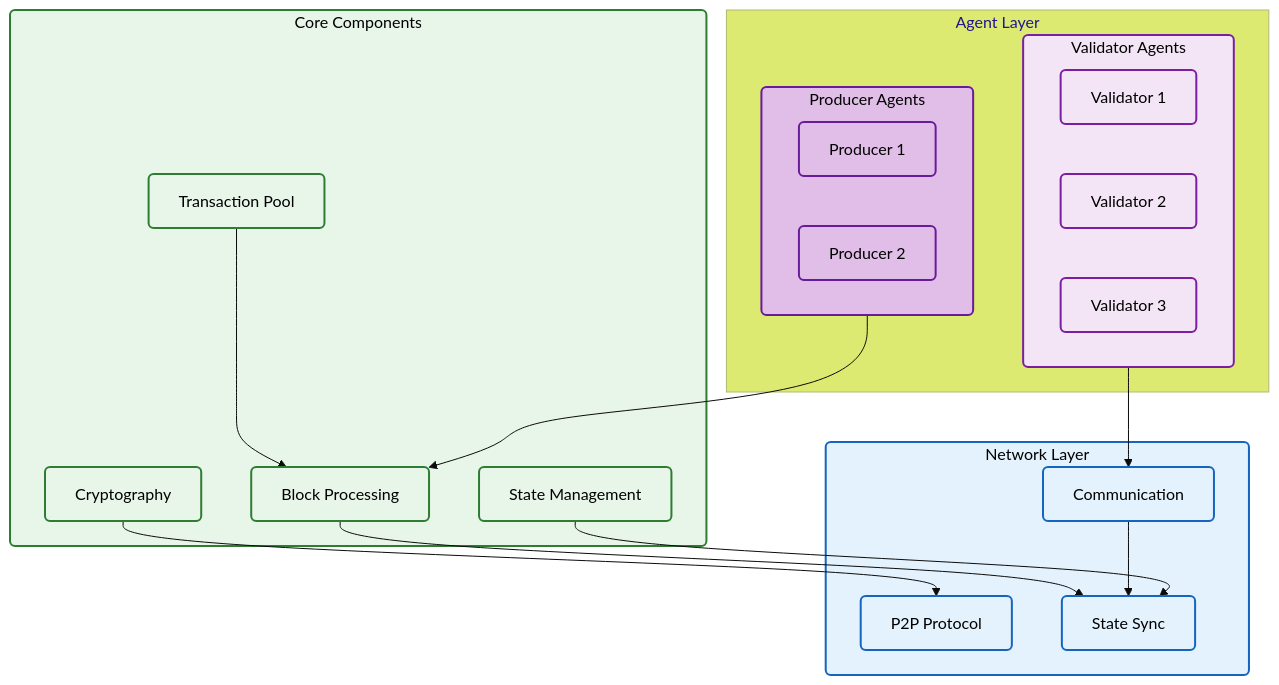
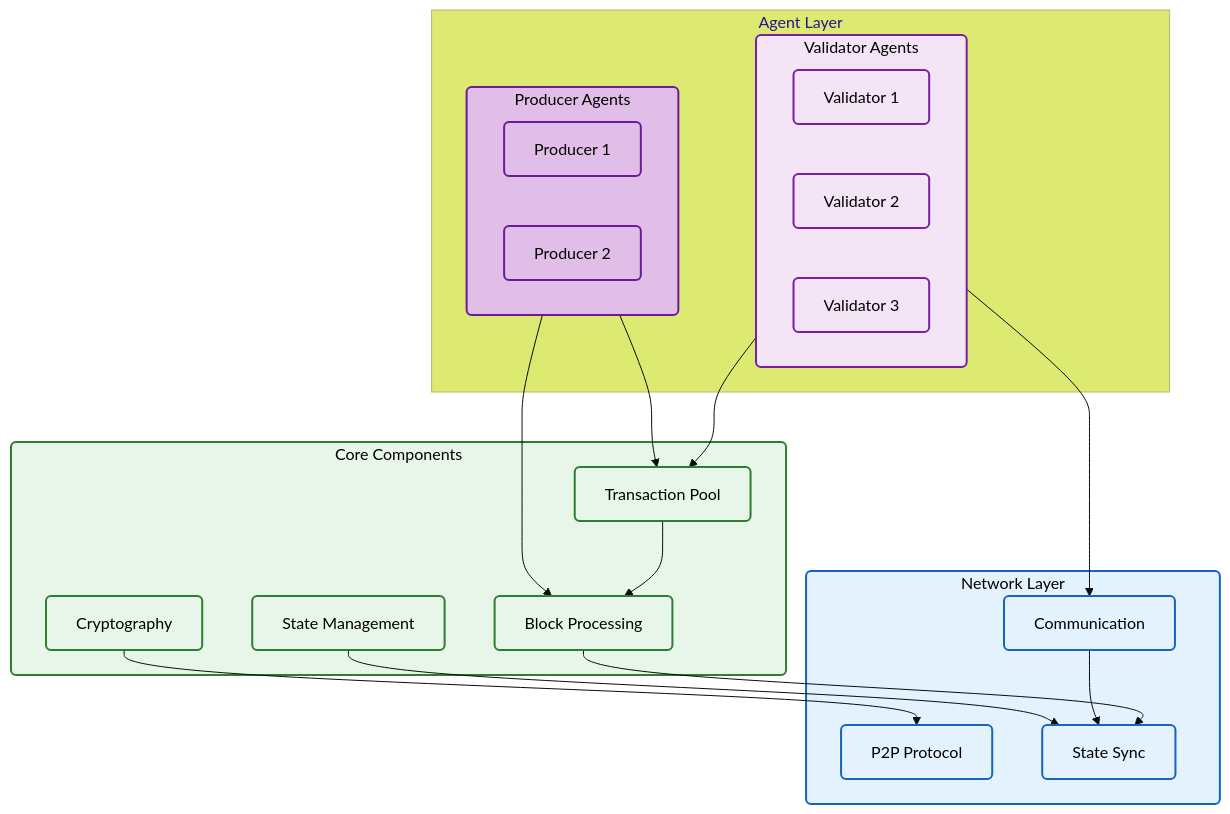
One commit to SumeetChougule/chaoschain changed the first of 6 diagrams in docs/introduction/architecture.md. Above: the diagram before and after it, drawn with Mermaid.

Commit message:
Update System Overview: Add Transaction Pool interactions for Validators and Producers

````diff
--- a/docs/introduction/architecture.md
+++ b/docs/introduction/architecture.md
@@ -9,48 +9,50 @@
 ```mermaid
 %%{init: {'theme': 'base', 'themeVariables': { 'fontSize': '16px', 'fontFamily': 'arial', 'primaryColor': '#6c5ce7', 'primaryTextColor': '#000' }}}%%
 flowchart TB
     subgraph Network["Network Layer"]
         NP["P2P Protocol"]
         NC["Communication"]
         NS["State Sync"]
     end
     
     subgraph Agents["Agent Layer"]
         subgraph Validators["Validator Agents"]
             V1["Validator 1"]
             V2["Validator 2"]
             V3["Validator 3"]
         end
         
         subgraph Producers["Producer Agents"]
             P1["Producer 1"]
             P2["Producer 2"]
         end
     end
     
     subgraph Core["Core Components"]
         B["Block Processing"]
         T["Transaction Pool"]
         SM["State Management"]
         CR["Cryptography"]
     end
     
     Validators --> NC
+    Validators --> T
+    Producers --> T
     Producers --> B
     B --> NS
     T --> B
     NC --> NS
     SM --> NS
     CR --> NP
 
     classDef default fill:#f8f9fa,stroke:#333,stroke-width:2px,rx:5,ry:5,color:#000
     classDef network fill:#e3f2fd,stroke:#1565c0,stroke-width:2px,rx:5,ry:5,color:#000
     classDef core fill:#e8f5e9,stroke:#2e7d32,stroke-width:2px,rx:5,ry:5,color:#000
     classDef validator fill:#f3e5f5,stroke:#7b1fa2,stroke-width:2px,rx:5,ry:5,color:#000
     classDef producer fill:#e1bee7,stroke:#6a1b9a,stroke-width:2px,rx:5,ry:5,color:#000
     
     class NP,NC,NS,Network network
     class V1,V2,V3,Validators validator
     class P1,P2,Producers producer
     class B,T,SM,CR,Core core
 ```
````
